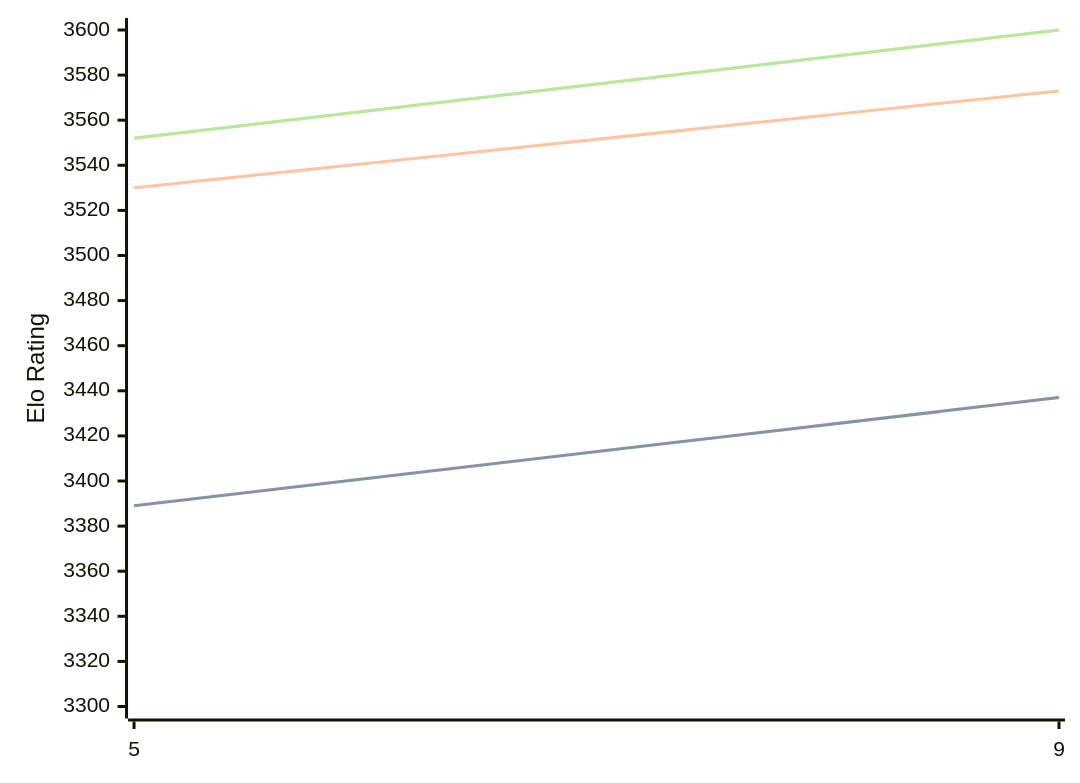
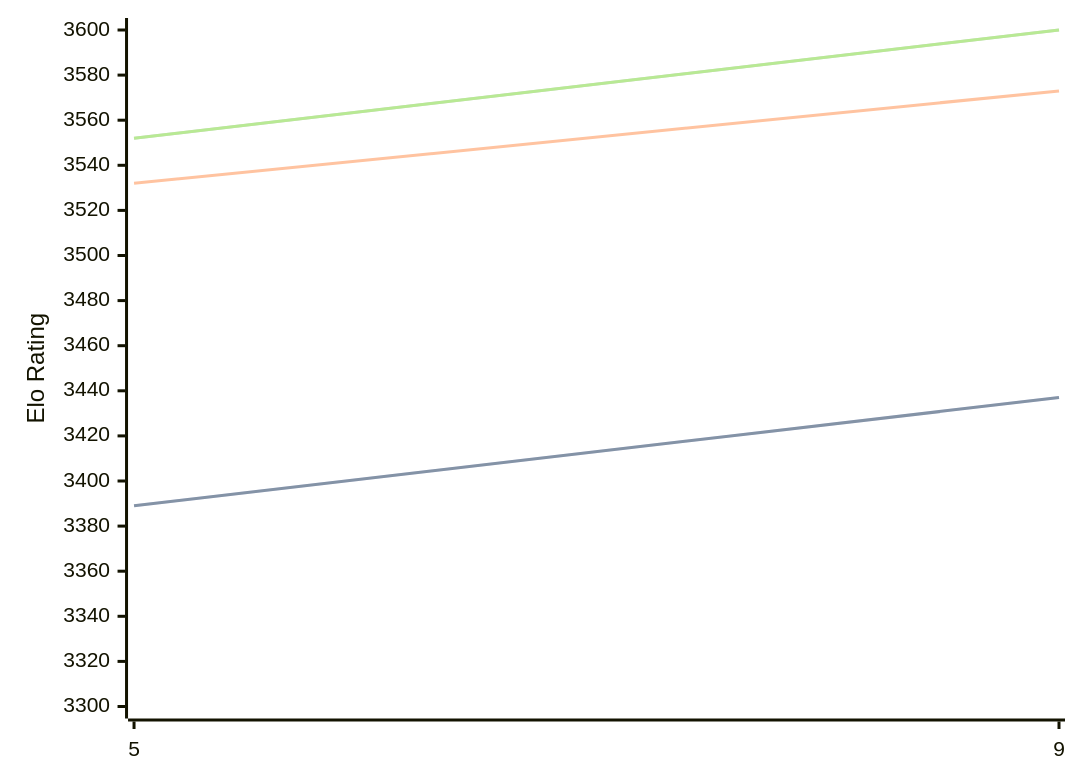
One commit to computer-chess-index/cci changed the diagram in engines/Crystal.md. Above: the diagram before and after it, drawn with Mermaid. The commit also changed other lines of this file, not shown here.

````diff
--- a/engines/Crystal.md
+++ b/engines/Crystal.md
@@ -32,11 +32,11 @@
 ```mermaid
 %%{init: {"theme":"base","themeVariables":{"seriesColors:['#a3a3a3','#222221','#faa371']}}}%%
 xychart-beta
   x-axis ["5", "9"]
   y-axis "Elo Rating" 3300 --> 3600
   line "" [3389, 3437]
   line "STC (8.0+0.08s)" [3389, 3437]
-  line "LTC (60.0+0.60s)" [3530, 3573]
+  line "LTC (60.0+0.60s)" [3532, 3573]
   line "" [3552, 3600]
   line "VLTC (2m24s+1.12s)" [3552, 3600]
 ```
````
